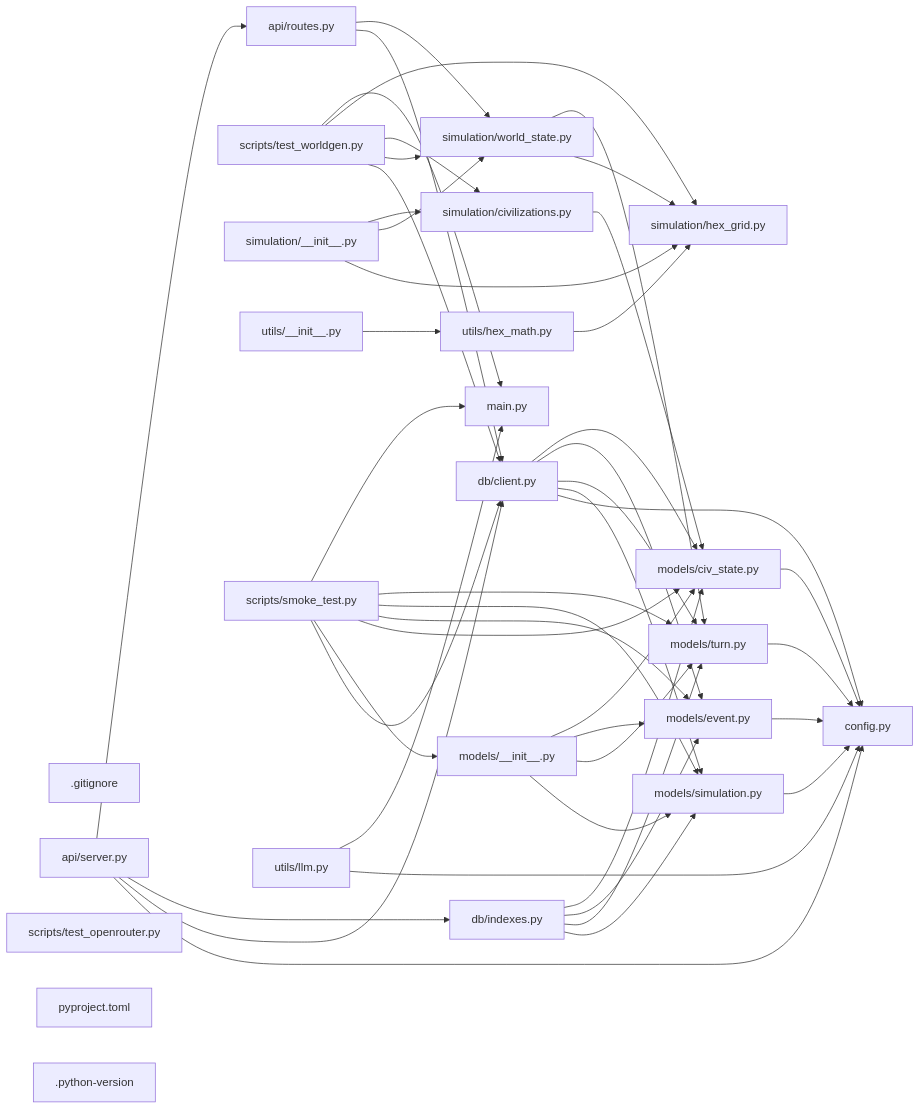
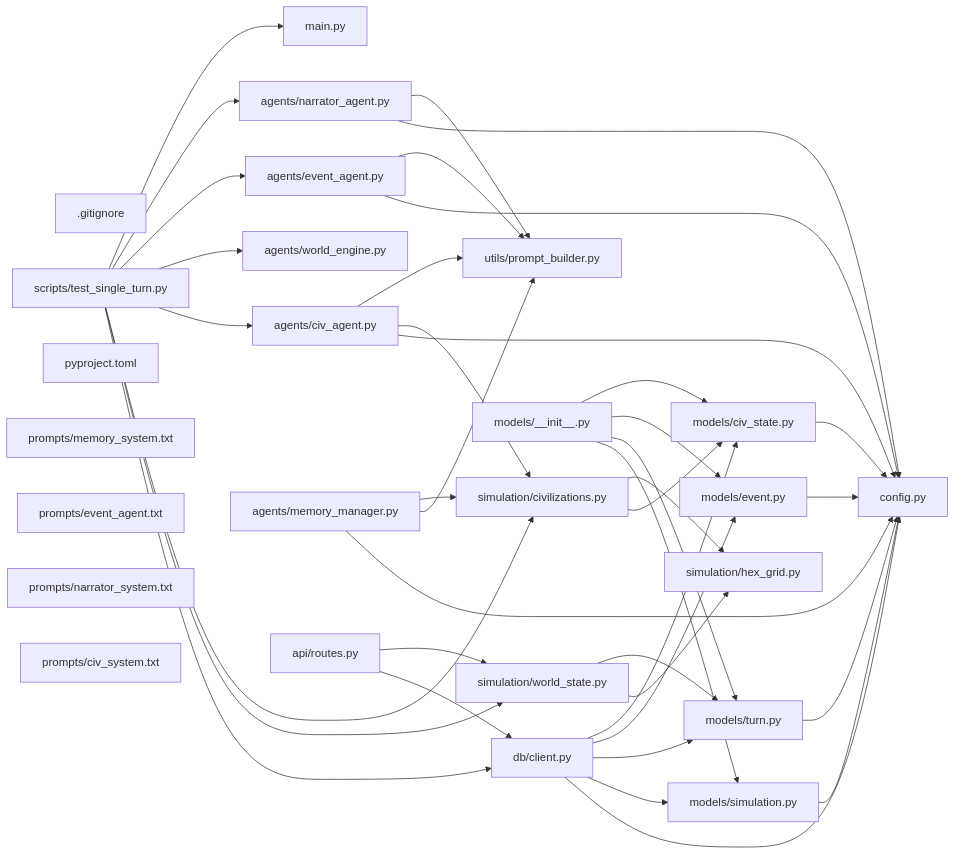
The diagram in backend/CONTEXT.md (madhavv-xd/civilex), drawn with Mermaid before and after one commit. The commit also changed other lines of this file and 1 other file, not shown here.

````diff
--- a/backend/CONTEXT.md
+++ b/backend/CONTEXT.md
@@ -249,72 +435,65 @@
 ```mermaid
 graph LR
     f0["config.py"]
-    f1["models/civ_state.py"]
-    f2["models/turn.py"]
-    f3["simulation/hex_grid.py"]
-    f4["db/client.py"]
-    f5["models/event.py"]
-    f6["models/simulation.py"]
-    f7["simulation/world_state.py"]
-    f8["main.py"]
-    f9[".gitignore"]
-    f10["simulation/civilizations.py"]
-    f11["api/routes.py"]
-    f12["utils/hex_math.py"]
-    f13["scripts/test_worldgen.py"]
-    f14["models/__init__.py"]
-    f15["db/indexes.py"]
-    f16["simulation/__init__.py"]
-    f17["utils/__init__.py"]
-    f18["scripts/smoke_test.py"]
-    f19["utils/llm.py"]
-    f20["api/server.py"]
-    f21["scripts/test_openrouter.py"]
-    f22["pyproject.toml"]
-    f23[".python-version"]
-    f1 --> f0
+    f1["utils/prompt_builder.py"]
+    f2["models/civ_state.py"]
+    f3["main.py"]
+    f4["simulation/civilizations.py"]
+    f5["simulation/hex_grid.py"]
+    f6["db/client.py"]
+    f7["models/turn.py"]
+    f8[".gitignore"]
+    f9["simulation/world_state.py"]
+    f10["models/event.py"]
+    f11["models/simulation.py"]
+    f12["agents/narrator_agent.py"]
+    f13["agents/event_agent.py"]
+    f14["agents/civ_agent.py"]
+    f15["agents/world_engine.py"]
+    f16["scripts/test_single_turn.py"]
+    f17["agents/memory_manager.py"]
+    f18["pyproject.toml"]
+    f19["prompts/memory_system.txt"]
+    f20["prompts/event_agent.txt"]
+    f21["prompts/narrator_system.txt"]
+    f22["prompts/civ_system.txt"]
+    f23["models/__init__.py"]
+    f24["api/routes.py"]
     f2 --> f0
-    f4 --> f1
     f4 --> f5
     f4 --> f2
-    f4 --> f6
-    f4 --> f0
-    f5 --> f0
+    f6 --> f2
+    f6 --> f10
+    f6 --> f7
+    f6 --> f11
     f6 --> f0
-    f7 --> f2
-    f7 --> f3
-    f10 --> f1
-    f11 --> f7
-    f11 --> f4
-    f12 --> f3
-    f13 --> f8
-    f13 --> f3
-    f13 --> f10
-    f13 --> f7
-    f13 --> f4
+    f7 --> f0
+    f9 --> f7
+    f9 --> f5
+    f10 --> f0
+    f11 --> f0
+    f12 --> f1
+    f12 --> f0
+    f13 --> f1
+    f13 --> f0
     f14 --> f1
-    f14 --> f5
-    f14 --> f2
-    f14 --> f6
-    f15 --> f1
-    f15 --> f5
-    f15 --> f2
-    f15 --> f6
-    f16 --> f10
-    f16 --> f7
+    f14 --> f4
+    f14 --> f0
     f16 --> f3
-    f17 --> f12
-    f18 --> f8
-    f18 --> f2
-    f18 --> f6
-    f18 --> f5
-    f18 --> f1
-    f18 --> f14
-    f18 --> f4
-    f19 --> f8
-    f19 --> f0
-    f20 --> f11
-    f20 --> f15
-    f20 --> f4
-    f20 --> f0
+    f16 --> f12
+    f16 --> f13
+    f16 --> f15
+    f16 --> f14
+    f16 --> f4
+    f16 --> f9
+    f16 --> f6
+    f17 --> f4
+    f17 --> f1
+    f17 --> f0
+    f23 --> f2
+    f23 --> f10
+    f23 --> f7
+    f23 --> f11
+    f24 --> f9
+    f24 --> f6
 ```
````
